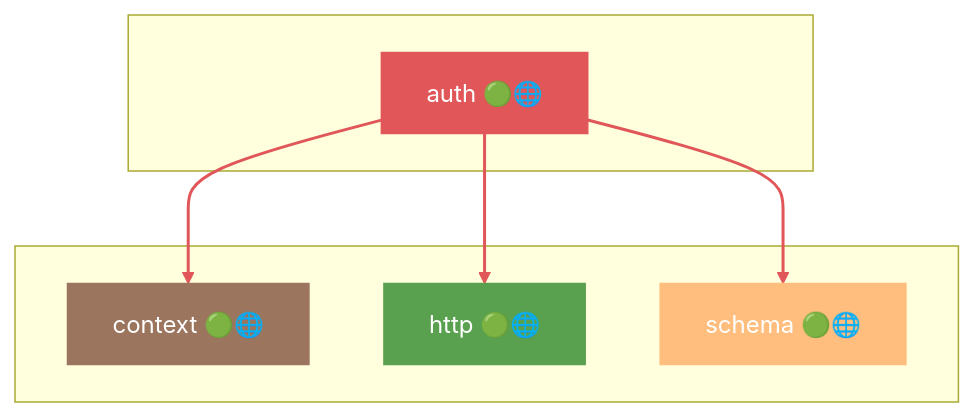
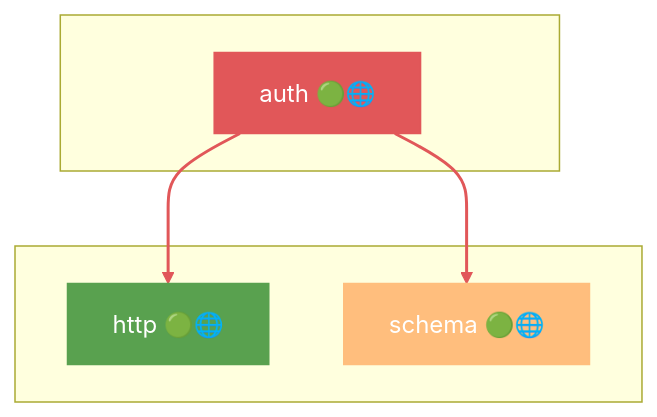
Before and after one commit to grest-ts/grest-ts: the fourth of 46 diagrams in docs/DEPENDENCIES.md, drawn with Mermaid. The commit also changed other lines of this file and 6 other files, not shown here.

````diff
--- a/docs/DEPENDENCIES.md
+++ b/docs/DEPENDENCIES.md
@@ -487,21 +501,17 @@
 ```mermaid
 flowchart TB
     subgraph Package[" "]
         auth["auth 🟢🌐"]
     end
     subgraph Dependencies[" "]
-        context["context 🟢🌐"]
         http["http 🟢🌐"]
         schema["schema 🟢🌐"]
     end
-    auth --> context
     auth --> http
     auth --> schema
     style auth fill:#E15759,stroke:#E15759,color:#fff
-    style context fill:#9C755F,stroke:#9C755F,color:#fff
     style http fill:#59A14F,stroke:#59A14F,color:#fff
     style schema fill:#FFBE7D,stroke:#FFBE7D,color:#fff
     linkStyle 0 stroke:#E15759,stroke-width:2px
     linkStyle 1 stroke:#E15759,stroke-width:2px
-    linkStyle 2 stroke:#E15759,stroke-width:2px
 ```
````
